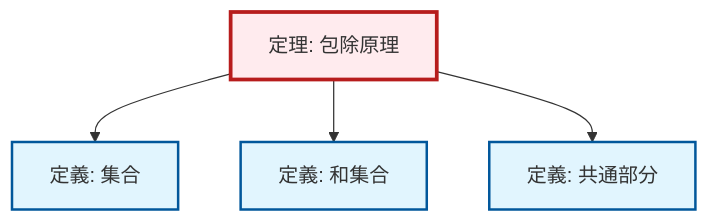
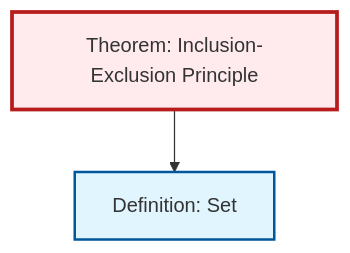
One commit to RK0429/ModernMath changed the diagram in content/ja/combinatorics/thm-inclusion-exclusion.qmd. Above: the diagram before and after it, drawn with Mermaid. The commit also changed other lines of this file and 531 other files, not shown here.

````diff
--- a/content/ja/combinatorics/thm-inclusion-exclusion.qmd
+++ b/content/ja/combinatorics/thm-inclusion-exclusion.qmd
@@ -102,20 +102,14 @@
 ```{mermaid}
 %%| fig-cap: "Local dependency graph"
 graph TD
     classDef definition fill:#e1f5fe,stroke:#01579b,stroke-width:2px
     classDef theorem fill:#f3e5f5,stroke:#4a148c,stroke-width:2px
     classDef axiom fill:#fff3e0,stroke:#e65100,stroke-width:2px
     classDef example fill:#e8f5e9,stroke:#1b5e20,stroke-width:2px
     classDef current fill:#ffebee,stroke:#b71c1c,stroke-width:3px
-    def-set["定義: 集合"]:::definition
-    def-union["定義: 和集合"]:::definition
-    def-intersection["定義: 共通部分"]:::definition
-    thm-inclusion-exclusion["定理: 包除原理"]:::theorem
+    thm-inclusion-exclusion["Theorem: Inclusion-Exclusion Principle"]:::theorem
+    def-set["Definition: Set"]:::definition
     thm-inclusion-exclusion --> def-set
-    thm-inclusion-exclusion --> def-union
-    thm-inclusion-exclusion --> def-intersection
     class thm-inclusion-exclusion current
-    click def-set "../logic-set-theory/def-set.html" "集合の定義へ"
-    click def-union "../logic-set-theory/def-union.html" "和集合の定義へ"
-    click def-intersection "../logic-set-theory/def-intersection.html" "共通部分の定義へ"
+    click def-set "def-set.html" "Definition: Setへ"
 ```
````
